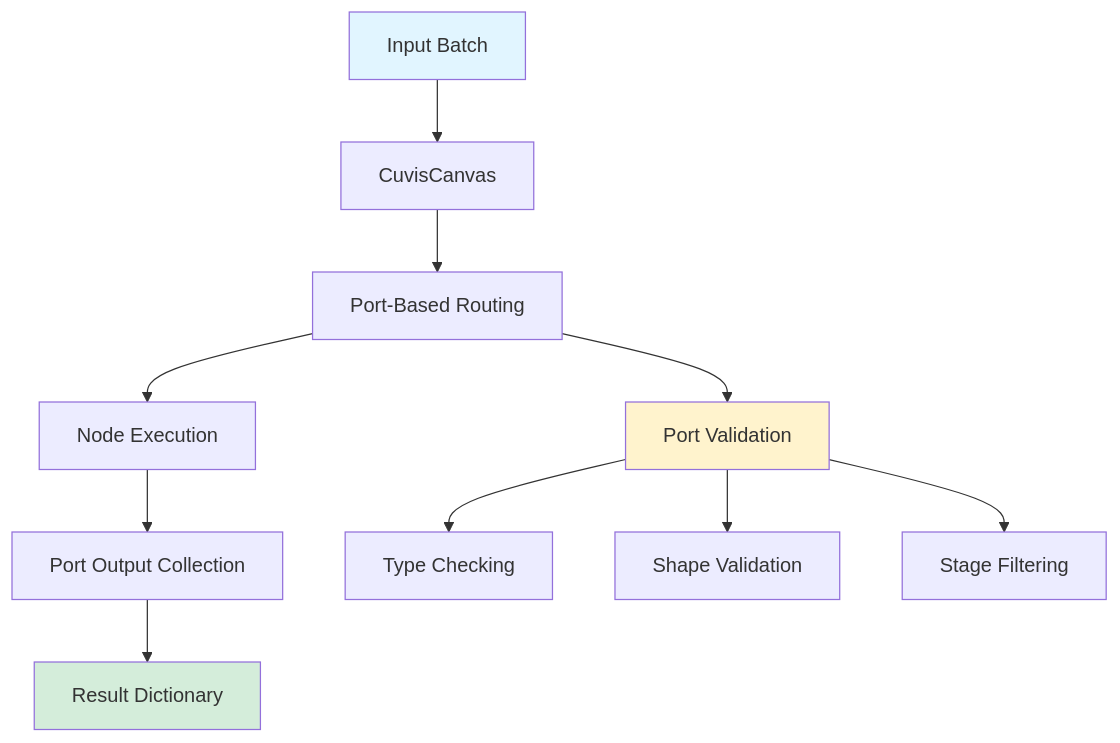
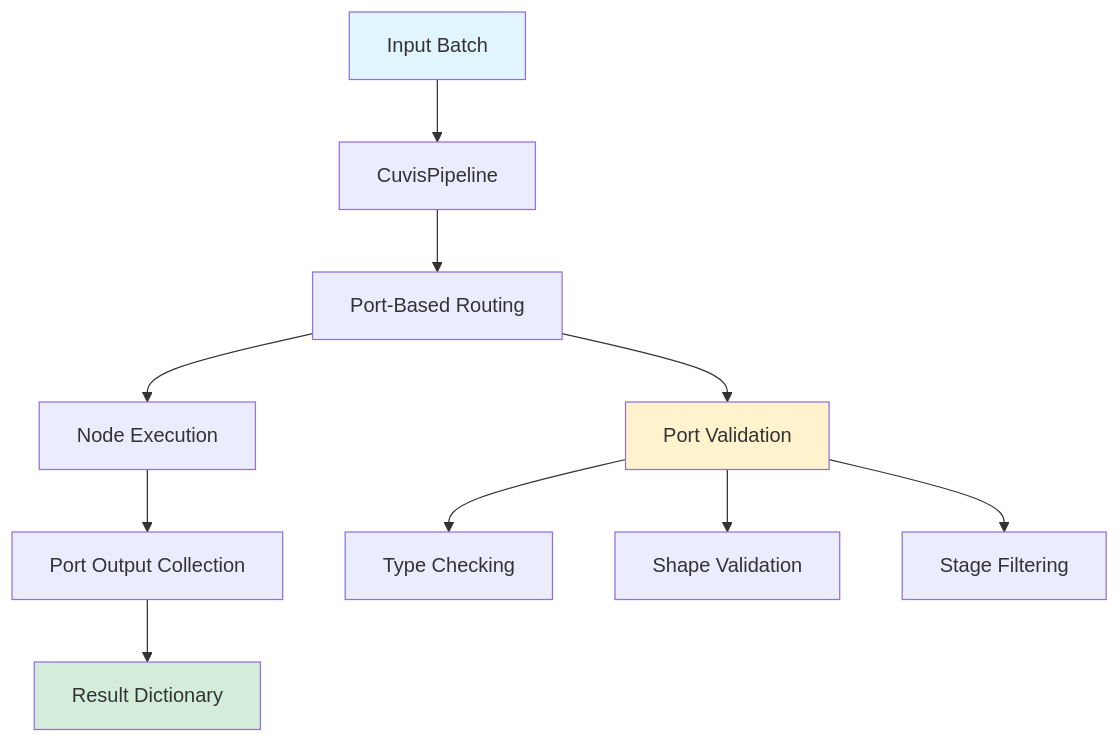
Before and after one commit to cubert-hyperspectral/cuvis-ai: the first of 4 diagrams in docs/reference/architecture.md, drawn with Mermaid. The commit also changed other lines of this file and 188 other files, not shown here.

````diff
--- a/docs/reference/architecture.md
+++ b/docs/reference/architecture.md
@@ -9,17 +9,17 @@
 ```mermaid
 graph TB
-    A[Input Batch] --> B[CuvisCanvas]
+    A[Input Batch] --> B[CuvisPipeline]
     B --> C[Port-Based Routing]
     C --> D[Node Execution]
     D --> E[Port Output Collection]
     E --> F[Result Dictionary]
     
     C --> G[Port Validation]
     G --> H[Type Checking]
     G --> I[Shape Validation]
     G --> J[Stage Filtering]
     
     style A fill:#e1f5ff
     style F fill:#d4edda
     style G fill:#fff3cd
 ```
````
